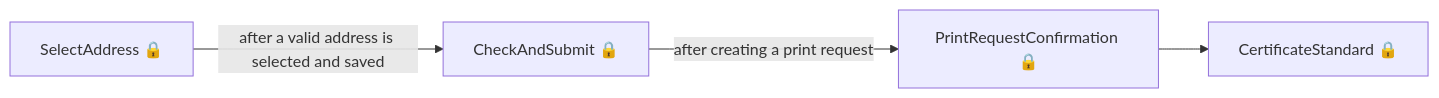
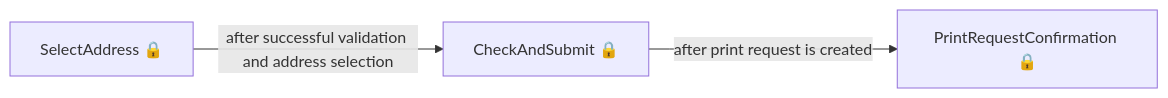
The second of 9 diagrams in das-digital-certification-web/user-journeys/user-journeys.md (talentconsulting/atlas-dfe), drawn with Mermaid before and after one commit. The commit also changed other lines of this file and 22 other files, not shown here.

````diff
--- a/das-digital-certification-web/user-journeys/user-journeys.md
+++ b/das-digital-certification-web/user-journeys/user-journeys.md
@@ -38,6 +23,5 @@
 ```mermaid
 flowchart LR
-  p0["SelectAddress 🔒"] -->|"after a valid address is selected and saved"| p1["CheckAndSubmit 🔒"]
-  p1["CheckAndSubmit 🔒"] -->|"after creating a print request"| p2["PrintRequestConfirmation 🔒"]
-  p2["PrintRequestConfirmation 🔒"] --> p3["CertificateStandard 🔒"]
+  p0["SelectAddress 🔒"] -->|"after successful validation and address selection"| p1["CheckAndSubmit 🔒"]
+  p1["CheckAndSubmit 🔒"] -->|"after print request is created"| p2["PrintRequestConfirmation 🔒"]
 ```
````
